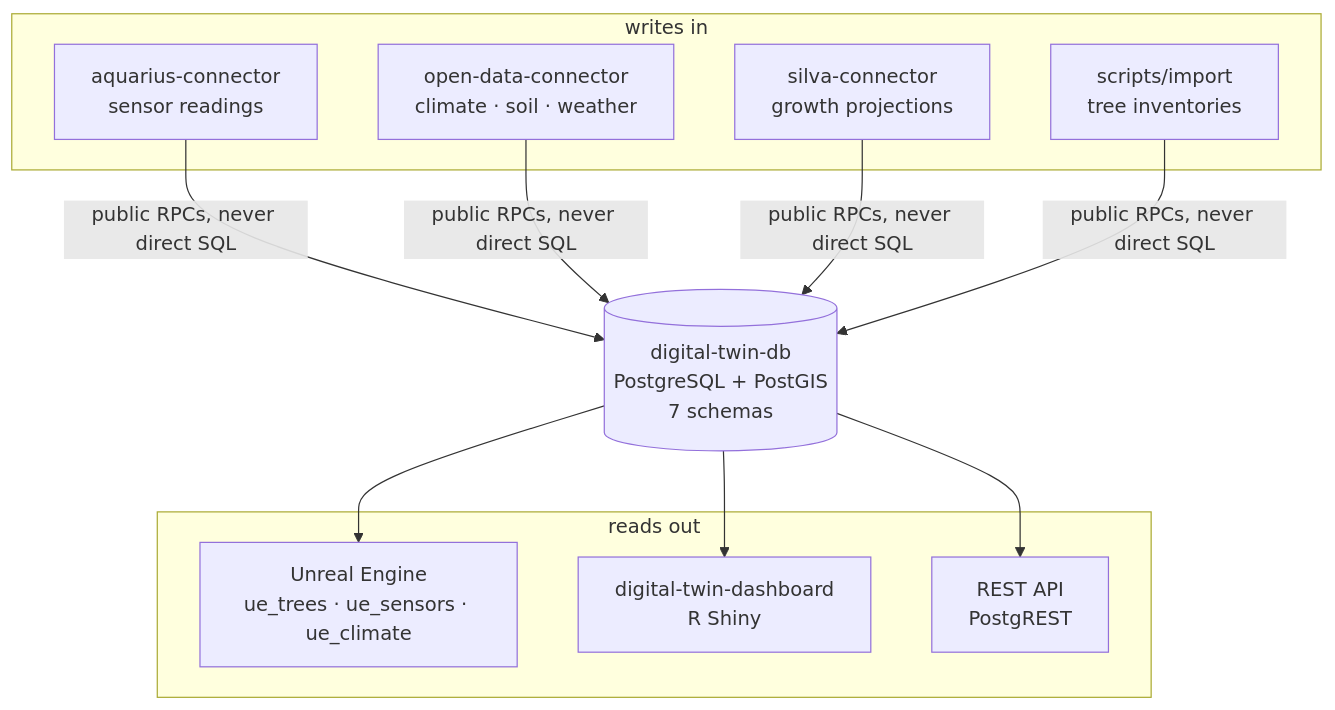
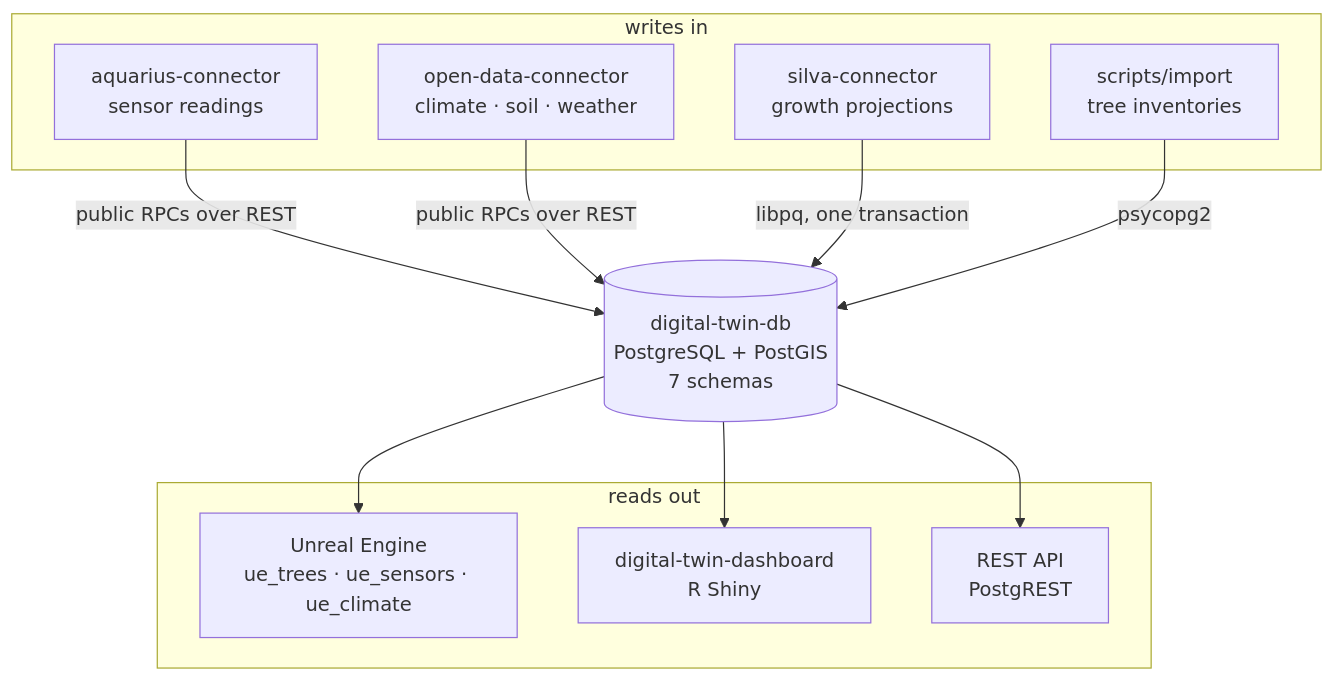
One commit to XRFutureForests/digital-twin-db changed the first of 2 diagrams in README.md. Above: the diagram before and after it, drawn with Mermaid. The commit also changed other lines of this file and 30 other files, not shown here.

First line of the commit message:
Docs: audit against the live schema, generate the data dictionary and ERD

````diff
--- a/README.md
+++ b/README.md
@@ -17,17 +17,19 @@
 ```mermaid
 flowchart TB
     subgraph IN["writes in"]
         AQ["aquarius-connector<br/>sensor readings"]
         OD["open-data-connector<br/>climate · soil · weather"]
         SV["silva-connector<br/>growth projections"]
         IMP["scripts/import<br/>tree inventories"]
     end
     DB[("digital-twin-db<br/>PostgreSQL + PostGIS<br/>7 schemas")]
     subgraph OUT["reads out"]
         UE["Unreal Engine<br/>ue_trees · ue_sensors · ue_climate"]
         DASH["digital-twin-dashboard<br/>R Shiny"]
         API["REST API<br/>PostgREST"]
     end
-    AQ & OD & SV & IMP -- "public RPCs, never direct SQL" --> DB
+    AQ & OD -- "public RPCs over REST" --> DB
+    SV -- "libpq, one transaction" --> DB
+    IMP -- "psycopg2" --> DB
     DB --> UE & DASH & API
 ```
````
